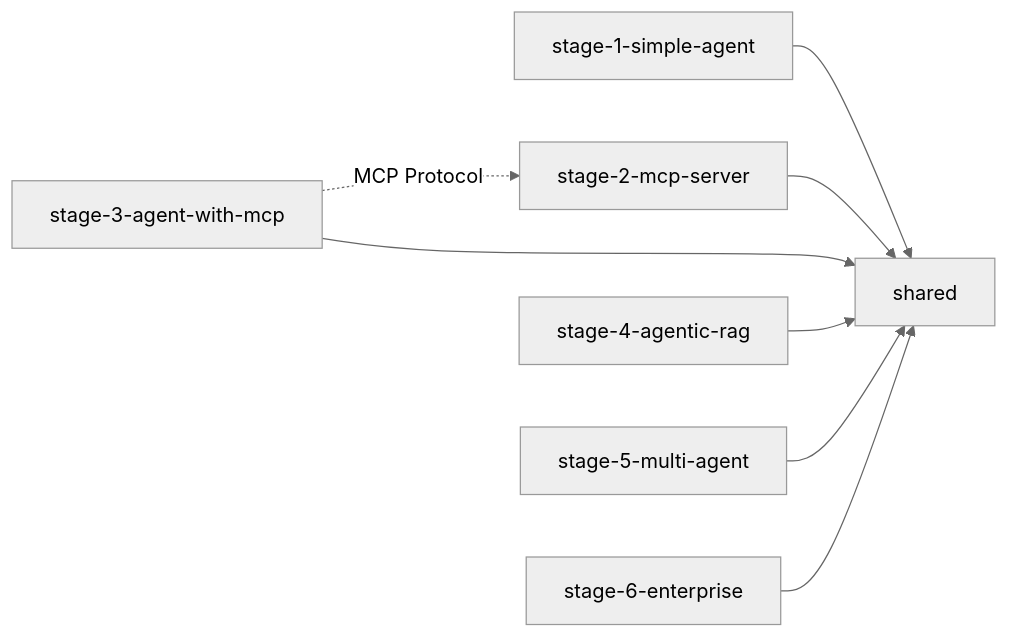
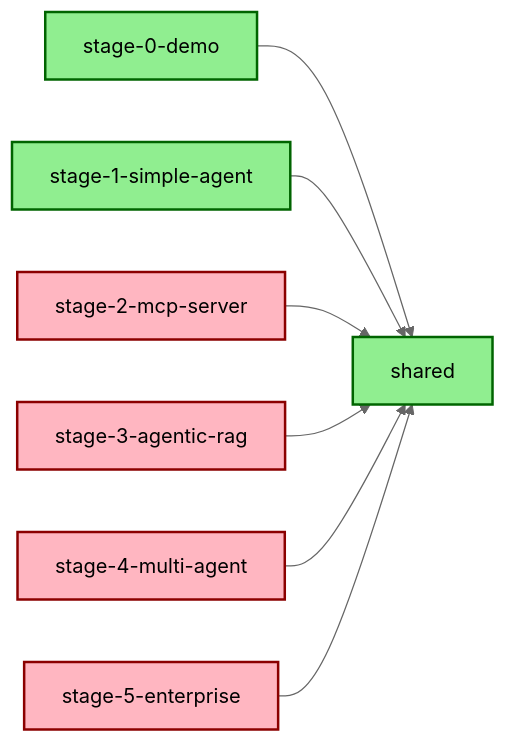
The third of 3 diagrams in architecture.md (Incept5/w-jax-munich-2025-workshop), drawn with Mermaid (neutral theme) before and after one commit. The commit also changed other lines of this file and 8 other files, not shown here.

````diff
--- a/architecture.md
+++ b/architecture.md
@@ -310,13 +411,14 @@
 ```mermaid
 graph LR
-    SHARED[shared]
+    SHARED[shared]:::complete
     
-    S1[stage-1-simple-agent] --> SHARED
-    S2[stage-2-mcp-server] --> SHARED
-    S3[stage-3-agent-with-mcp] --> SHARED
-    S4[stage-4-agentic-rag] --> SHARED
-    S5[stage-5-multi-agent] --> SHARED
-    S6[stage-6-enterprise] --> SHARED
+    S0[stage-0-demo]:::complete --> SHARED
+    S1[stage-1-simple-agent]:::complete --> SHARED
+    S2[stage-2-mcp-server]:::todo --> SHARED
+    S3[stage-3-agentic-rag]:::todo --> SHARED
+    S4[stage-4-multi-agent]:::todo --> SHARED
+    S5[stage-5-enterprise]:::todo --> SHARED
     
-    S3 -.MCP Protocol.-> S2
+    classDef complete fill:#90EE90,stroke:#006400,stroke-width:2px
+    classDef todo fill:#FFB6C1,stroke:#8B0000,stroke-width:2px
 ```
````
